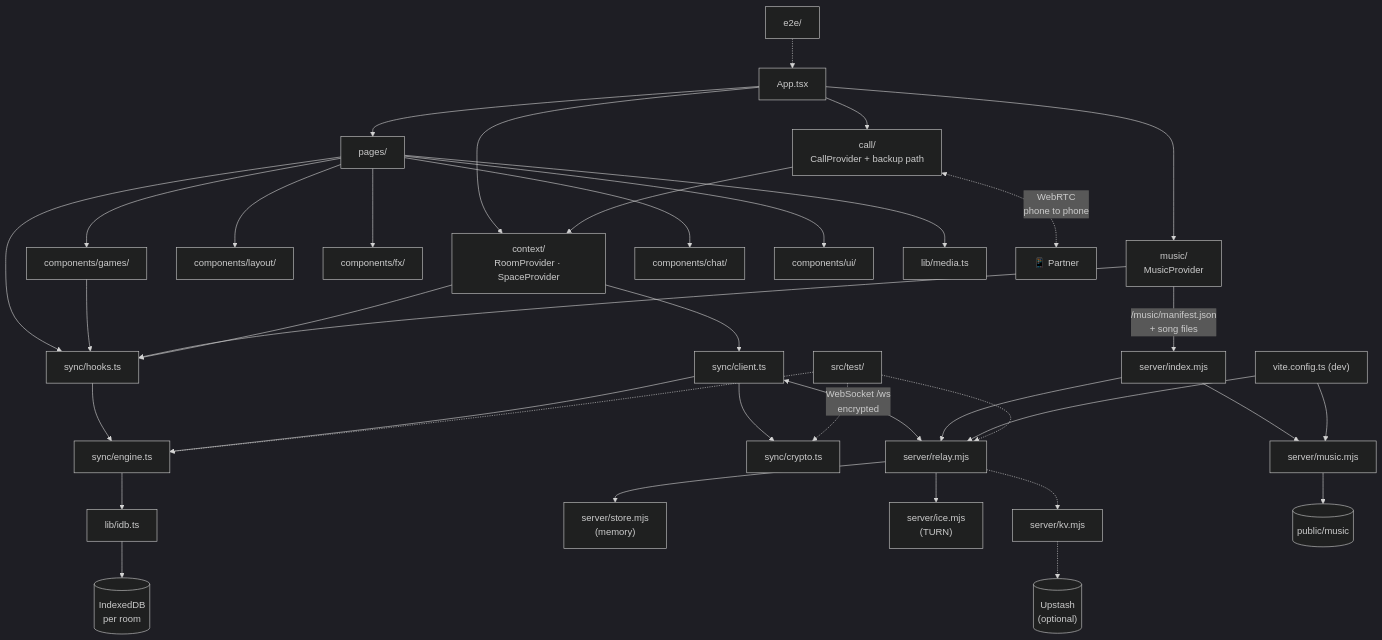
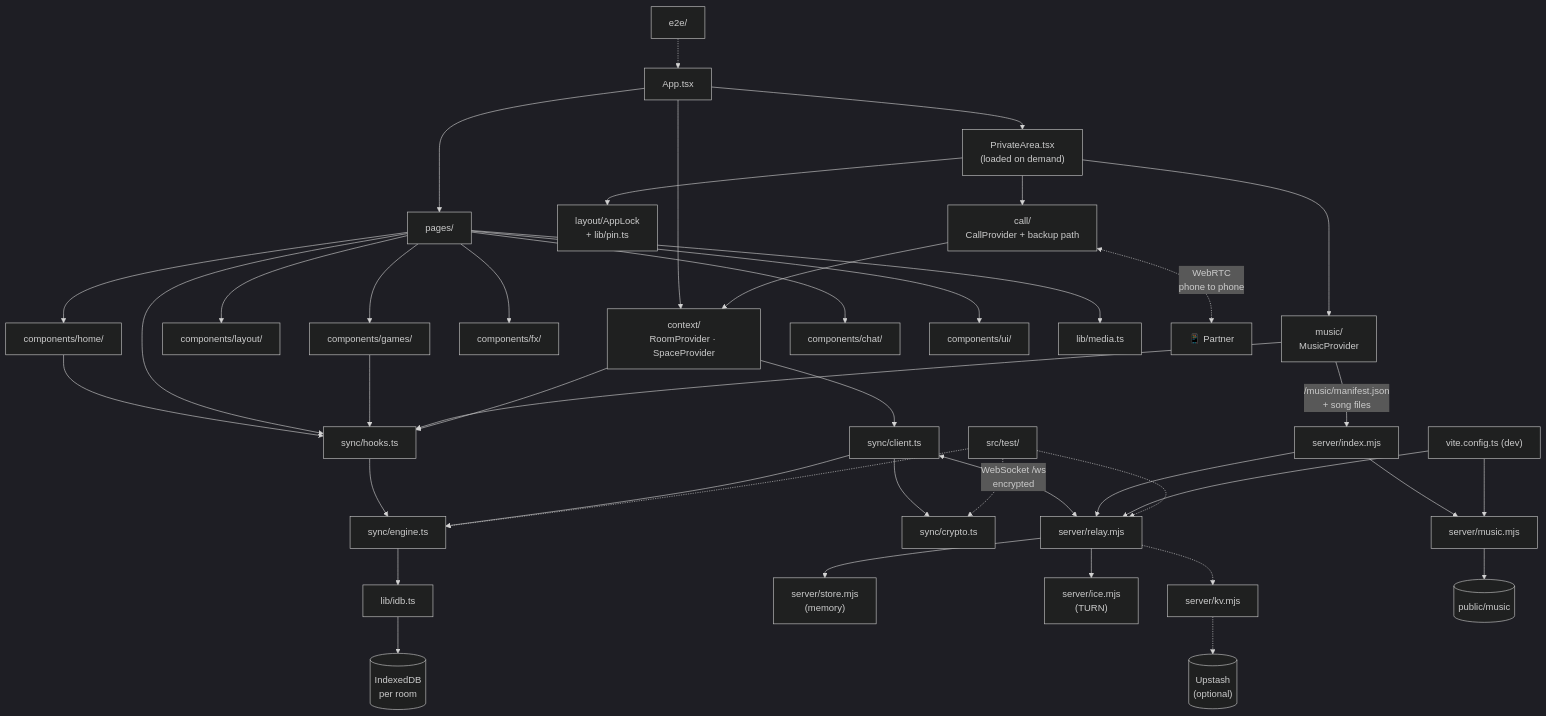
The second of 2 diagrams in front-end/doc/05-directory-map.md (silent-coder-dev/private-space), drawn with Mermaid (dark theme) before and after one commit. The commit also changed other lines of this file and 56 other files, not shown here.

````diff
--- a/front-end/doc/05-directory-map.md
+++ b/front-end/doc/05-directory-map.md
@@ -261,39 +276,43 @@
 ```mermaid
 flowchart TD
     App["App.tsx"] --> Context["context/<br/>RoomProvider · SpaceProvider"]
-    App --> Call["call/<br/>CallProvider + backup path"]
-    App --> Music["music/<br/>MusicProvider"]
+    App --> Private["PrivateArea.tsx<br/>(loaded on demand)"]
+    Private --> Call["call/<br/>CallProvider + backup path"]
+    Private --> Music["music/<br/>MusicProvider"]
+    Private --> Lock["layout/AppLock<br/>+ lib/pin.ts"]
     App --> Pages["pages/"]
     Pages --> Layout["components/layout/"]
+    Pages --> HomeCards["components/home/"]
+    HomeCards --> Hooks
     Pages --> FX["components/fx/"]
     Pages --> Games["components/games/"]
     Pages --> Cam["components/chat/"]
     Pages --> UI["components/ui/"]
     Pages --> Media["lib/media.ts"]
     Pages --> Hooks["sync/hooks.ts"]
     Games --> Hooks
     Music --> Hooks
     Call --> Context
     Context --> Hooks
     Hooks --> Engine["sync/engine.ts"]
     Context --> Client["sync/client.ts"]
     Client --> Crypto["sync/crypto.ts"]
     Client --> Engine
     Engine --> IDB["lib/idb.ts"]
     IDB --> DB[("IndexedDB<br/>per room")]
     Client <-->|"WebSocket /ws<br/>encrypted"| Relay["server/relay.mjs"]
     Relay --> Store["server/store.mjs<br/>(memory)"]
     Relay --> Ice["server/ice.mjs<br/>(TURN)"]
     Relay -.-> Kv["server/kv.mjs"] -.-> Upstash[("Upstash<br/>(optional)")]
     Music -->|"/music/manifest.json<br/>+ song files"| Prod
     Prod["server/index.mjs"] --> Relay
     Prod --> MusicList["server/music.mjs"]
     MusicList --> Songs[("public/music")]
     Vite["vite.config.ts (dev)"] --> Relay
     Vite --> MusicList
     Call <-.->|"WebRTC<br/>phone to phone"| Peer["📱 Partner"]
     Tests["src/test/"] -.-> Crypto
     Tests -.-> Engine
     Tests -.-> Relay
     E2E["e2e/"] -.-> App
 ```
````
